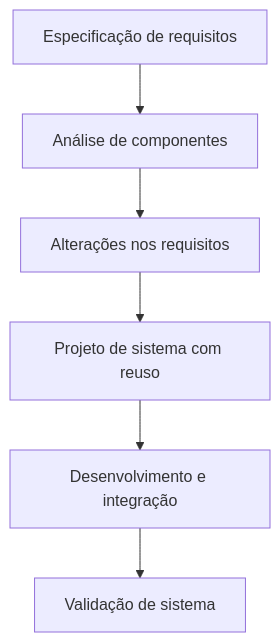
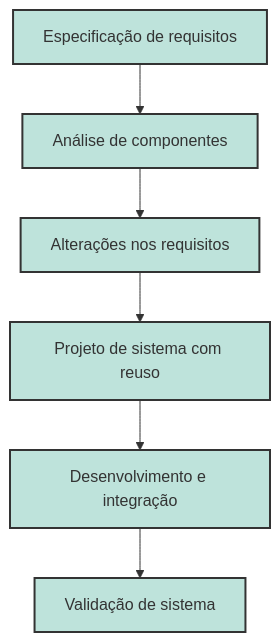
Before and after one commit to henryzord/softwareEngineering: the third of 8 diagrams in capitulos/PROCESSO_DE_SOFTWARE.md, drawn with Mermaid. The commit also changed other lines of this file, not shown here.

````diff
--- a/capitulos/PROCESSO_DE_SOFTWARE.md
+++ b/capitulos/PROCESSO_DE_SOFTWARE.md
@@ -106,16 +122,23 @@
 ```mermaid
 flowchart TD
-
+    style A fill:#BEE3DB,stroke:#333,stroke-width:2px
+    style B fill:#BEE3DB,stroke:#333,stroke-width:2px
+    style C fill:#BEE3DB,stroke:#333,stroke-width:2px
+    style D fill:#BEE3DB,stroke:#333,stroke-width:2px
+    style E fill:#BEE3DB,stroke:#333,stroke-width:2px
+    style F fill:#BEE3DB,stroke:#333,stroke-width:2px
+    
+    
     A["Especificação de requisitos"]
     B["Análise de componentes"]
     C["Alterações nos requisitos"]
     D["Projeto de sistema com reuso"]
     E["Desenvolvimento e integração"]
     F["Validação de sistema"]
 
     A --> B
     B --> C
     C --> D
     D --> E
     E --> F
 ```
````
